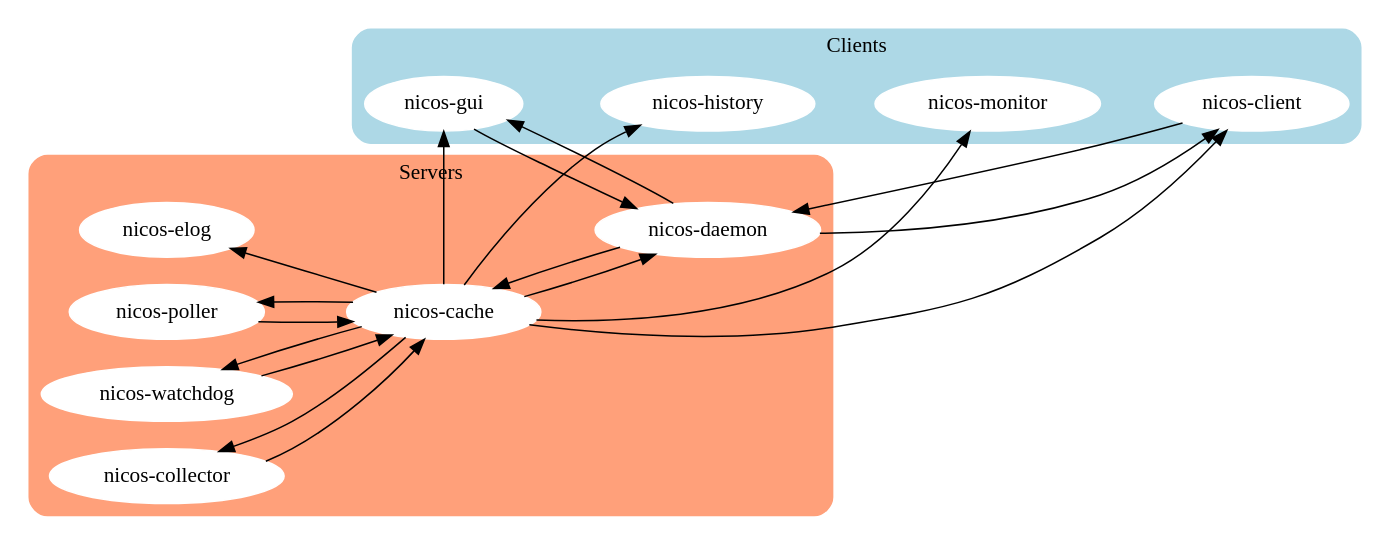
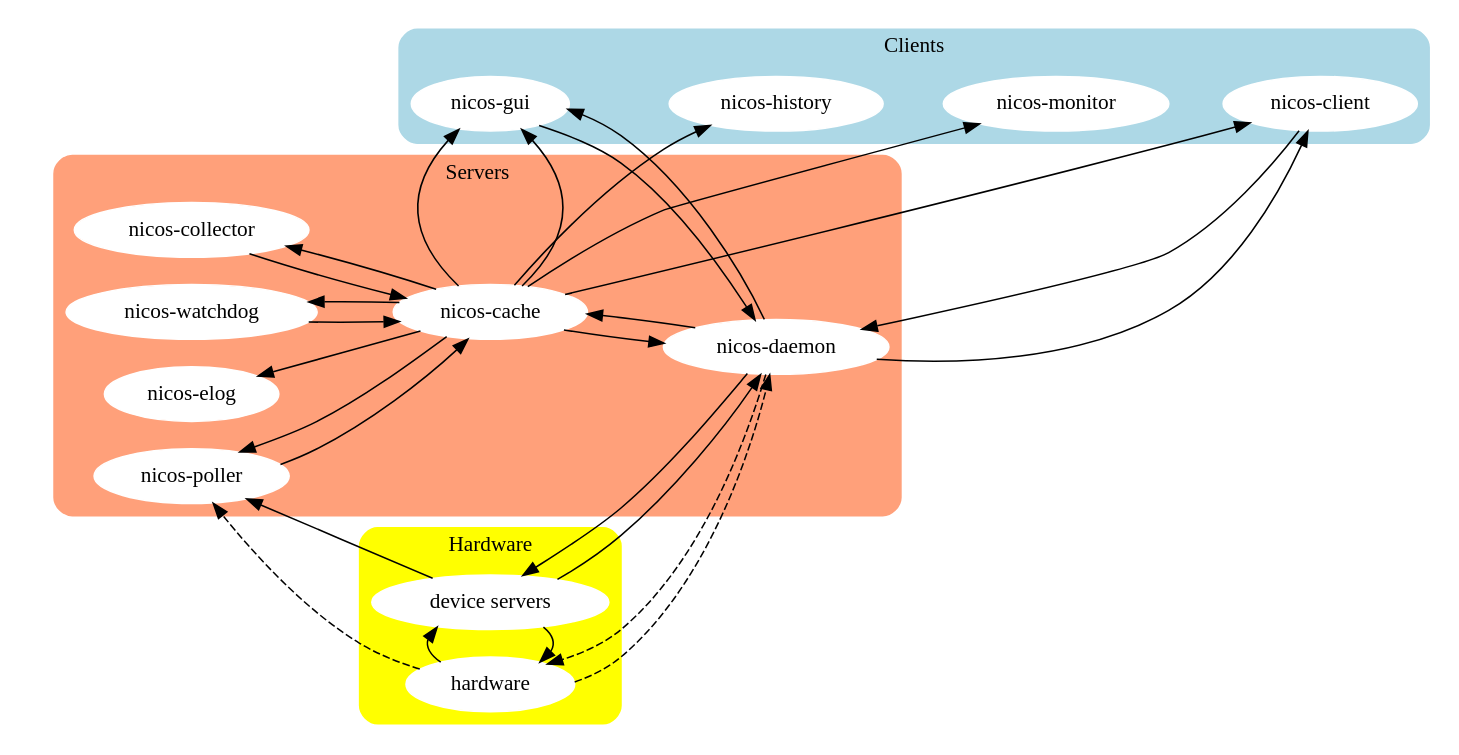
One commit to mlz-ictrl/nicos changed the diagram in doc/source/components.rst. Above: the diagram before and after it, drawn with Graphviz.

Commit message:
DOC: Add hardware access to the components scheme

```diff
--- a/doc/source/components.rst
+++ b/doc/source/components.rst
@@ -7,55 +7,75 @@
 .. digraph:: Components
 
     rankdir = LR;
 
-    subgraph cluster0 {
+    subgraph cluster_server {
         node [style=filled,color=white];
         style = "rounded,filled";
         color = lightsalmon;
 
 
         "nicos-watchdog" {rank = same; "nicos-elog"; "nicos-poller";
                           "nicos-collector"; "nicos-watchdog"}
         "nicos-cache" {rank = same; "nicos-daemon";}
 
         "nicos-cache"   -> "nicos-daemon"
         "nicos-cache"   -> "nicos-poller"
         "nicos-cache"   -> "nicos-watchdog"
         "nicos-cache"   -> "nicos-elog"
         "nicos-cache"   -> "nicos-collector"
         "nicos-watchdog"-> "nicos-cache"
         "nicos-daemon"  -> "nicos-cache"
         "nicos-poller"  -> "nicos-cache"
         "nicos-collector" -> "nicos-cache"
 
         edge[style=invis];
         "nicos-watchdog" -> "nicos-poller" -> "nicos-elog"
 
         label = "Servers";
     }
 
-    subgraph cluster1 {
+    subgraph cluster_clients {
         node [style=filled,color=white];
         style = "rounded,filled";
         color = lightblue;
 
         "nicos-gui"{rank = same; "nicos-history";}
         "nicos-history"
         "nicos-monitor"
         "nicos-client"
 
         edge[style=invis];
         "nicos-gui" -> "nicos-history" -> "nicos-monitor" -> "nicos-client"
 
         label = "Clients";
     }
 
+    subgraph cluster_hardware {
+        label = "Hardware";
+        node [style=filled,color=white];
+        style = "rounded,filled";
+        color = yellow;
+        rank = min;
+
+        {"device servers"; hardware;}
+
+        "device servers" -> "hardware"
+        "hardware"      -> "device servers"
+
+        edge[style=dashed]
+        "nicos-daemon" -> hardware;
+        hardware       -> "nicos-poller";
+        hardware       -> "nicos-daemon";
+    }
 
     "nicos-cache"   -> "nicos-gui"
     "nicos-cache"   -> "nicos-client"
     "nicos-cache"   -> "nicos-monitor"
     "nicos-cache"   -> "nicos-history"
     "nicos-daemon"  -> "nicos-gui"
     "nicos-daemon"  -> "nicos-client"
+    "nicos-daemon"  -> "device servers"
     "nicos-gui"     -> "nicos-daemon"
     "nicos-client"  -> "nicos-daemon"
+    "device servers" -> "nicos-daemon"
+    "device servers" -> "nicos-poller"
```
